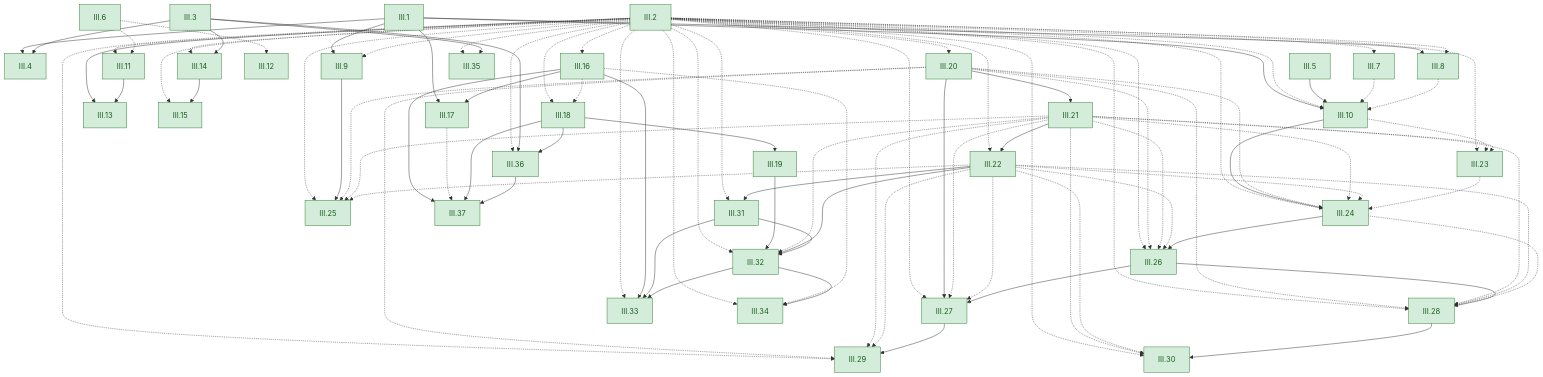
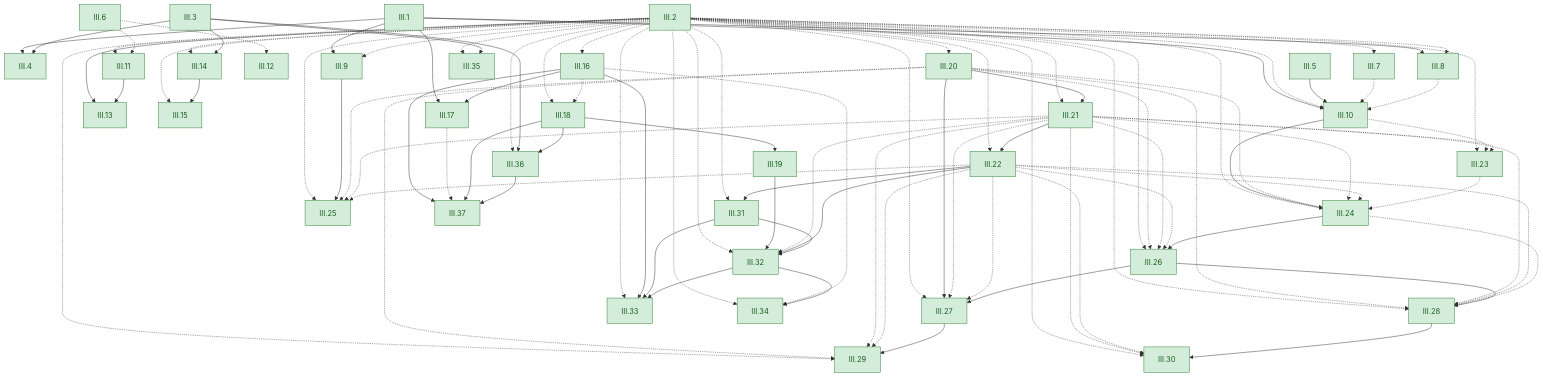
Before and after one commit to dodecaplex-co/stoicheia: the sixth of 6 diagrams in GRAPH.md, drawn with Mermaid. The commit also changed other lines of this file and 3 other files, not shown here.

```diff
--- a/GRAPH.md
+++ b/GRAPH.md
@@ -825,6 +825,7 @@
   III16 -.-> III18
   III18 --> III19
   III2 -.-> III20
+  III2 -.-> III21
   III20 --> III21
   III2 -.-> III22
   III21 --> III22
```
